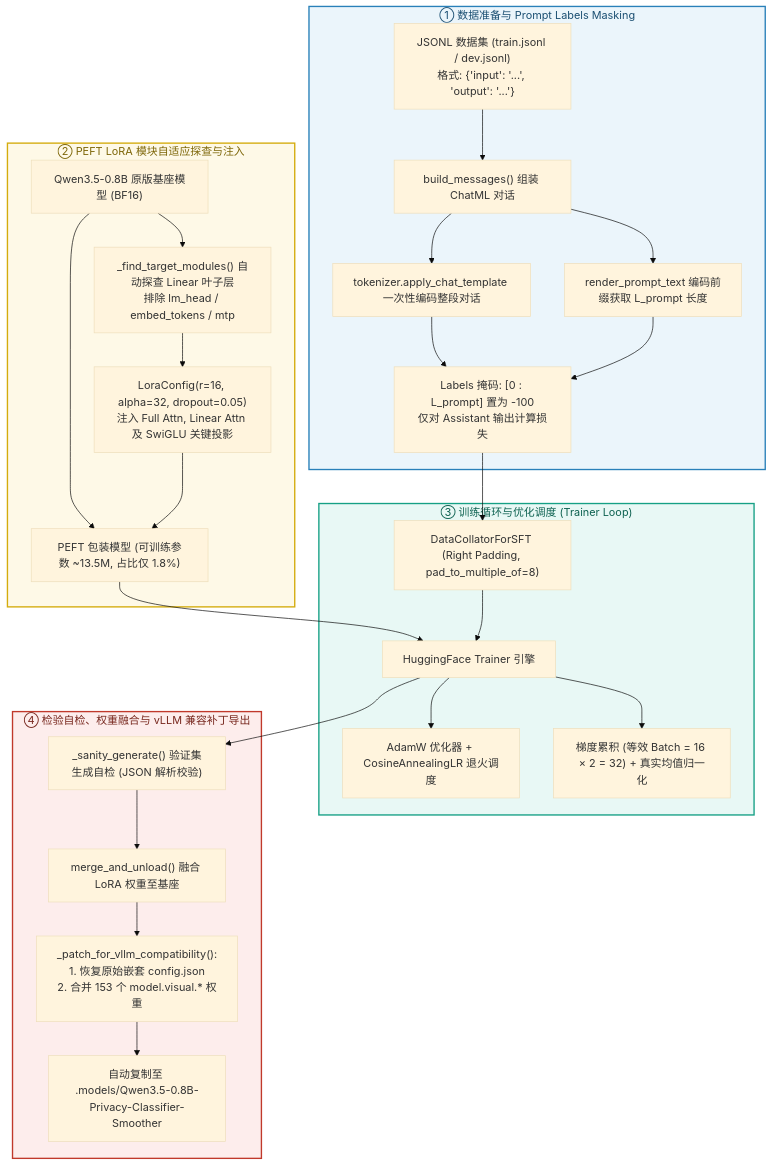
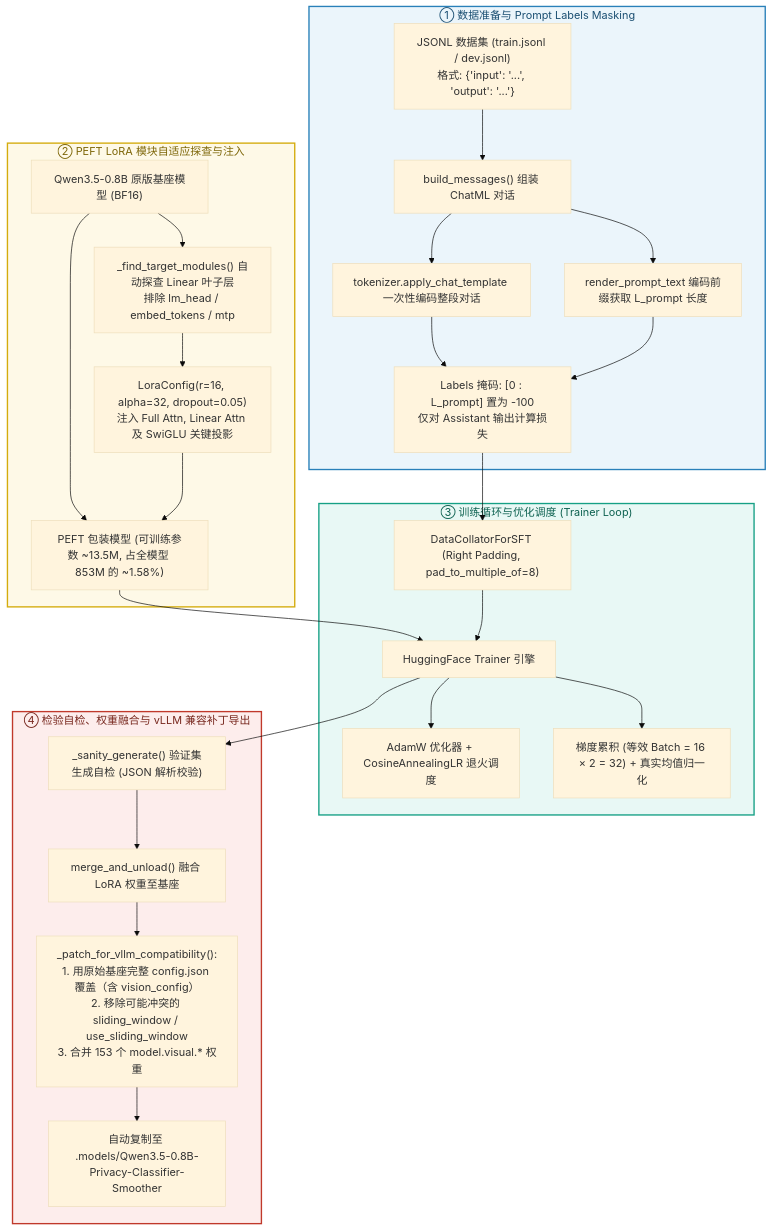
One commit to fengzhizi319/PrivShield changed the ninth of 12 diagrams in docs/llmlora/qwen3_5_0_8b_architecture.md. Above: the diagram before and after it, drawn with Mermaid (base theme). The commit also changed other lines of this file and 2 other files, not shown here.

Commit message:
docs & test: annotate batch inference logic line-by-line and refine Qwen3.5-0.8B architecture docs

````diff
--- a/docs/llmlora/qwen3_5_0_8b_architecture.md
+++ b/docs/llmlora/qwen3_5_0_8b_architecture.md
@@ -518,39 +530,39 @@
 ```mermaid
 flowchart TD
     subgraph D_LOAD["① 数据准备与 Prompt Labels Masking"]
         JSONL["JSONL 数据集 (train.jsonl / dev.jsonl)\n格式: {'input': '...', 'output': '...'}"] --> MSG_B["build_messages() 组装 ChatML 对话"]
         MSG_B --> TOK_ALL["tokenizer.apply_chat_template 一次性编码整段对话"]
         MSG_B --> TOK_PROMPT["render_prompt_text 编码前缀获取 L_prompt 长度"]
         TOK_ALL & TOK_PROMPT --> MASK_OP["Labels 掩码: [0 : L_prompt] 置为 -100\n仅对 Assistant 输出计算损失"]
     end
 
     subgraph LORA_INJECT["② PEFT LoRA 模块自适应探查与注入"]
         BASE_M["Qwen3.5-0.8B 原版基座模型 (BF16)"] --> PROBE["_find_target_modules() 自动探查 Linear 叶子层\n排除 lm_head / embed_tokens / mtp"]
         PROBE --> LORA_CFG["LoraConfig(r=16, alpha=32, dropout=0.05)\n注入 Full Attn, Linear Attn 及 SwiGLU 关键投影"]
-        BASE_M & LORA_CFG --> PEFT_M["PEFT 包装模型 (可训练参数 ~13.5M, 占比仅 1.8%)"]
+        BASE_M & LORA_CFG --> PEFT_M["PEFT 包装模型 (可训练参数 ~13.5M, 占全模型 853M 的 ~1.58%)"]
     end
 
     subgraph TRAIN_LOOP["③ 训练循环与优化调度 (Trainer Loop)"]
         MASK_OP --> COLLATOR["DataCollatorForSFT (Right Padding, pad_to_multiple_of=8)"]
         PEFT_M & COLLATOR --> SFT_TRAINER["HuggingFace Trainer 引擎"]
         SFT_TRAINER --> OPTIM["AdamW 优化器 + CosineAnnealingLR 退火调度"]
         SFT_TRAINER --> ACCUM["梯度累积 (等效 Batch = 16 × 2 = 32) + 真实均值归一化"]
     end
 
     subgraph EXPORT_VLLM["④ 检验自检、权重融合与 vLLM 兼容补丁导出"]
         SFT_TRAINER --> SANITY["_sanity_generate() 验证集生成自检 (JSON 解析校验)"]
         SANITY --> MERGE["merge_and_unload() 融合 LoRA 权重至基座"]
-        MERGE --> PATCH["_patch_for_vllm_compatibility():\n1. 恢复原始嵌套 config.json\n2. 合并 153 个 model.visual.* 权重"]
+        MERGE --> PATCH["_patch_for_vllm_compatibility():\n1. 用原始基座完整 config.json 覆盖（含 vision_config）\n2. 移除可能冲突的 sliding_window / use_sliding_window\n3. 合并 153 个 model.visual.* 权重"]
         PATCH --> AUTO_SYNC["自动复制至 .models/Qwen3.5-0.8B-Privacy-Classifier-Smoother"]
     end
 
     classDef dStyle fill:#EBF5FB,stroke:#2980B9,stroke-width:2px,color:#1B4F72;
     classDef lStyle fill:#FEF9E7,stroke:#D4AC0D,stroke-width:2px,color:#7D6608;
     classDef tStyle fill:#E8F8F5,stroke:#16A085,stroke-width:2px,color:#0E6251;
     classDef eStyle fill:#FDEDEC,stroke:#C0392B,stroke-width:2px,color:#78281F;
 
     class D_LOAD dStyle;
     class LORA_INJECT lStyle;
     class TRAIN_LOOP tStyle;
     class EXPORT_VLLM eStyle;
 ```
````
